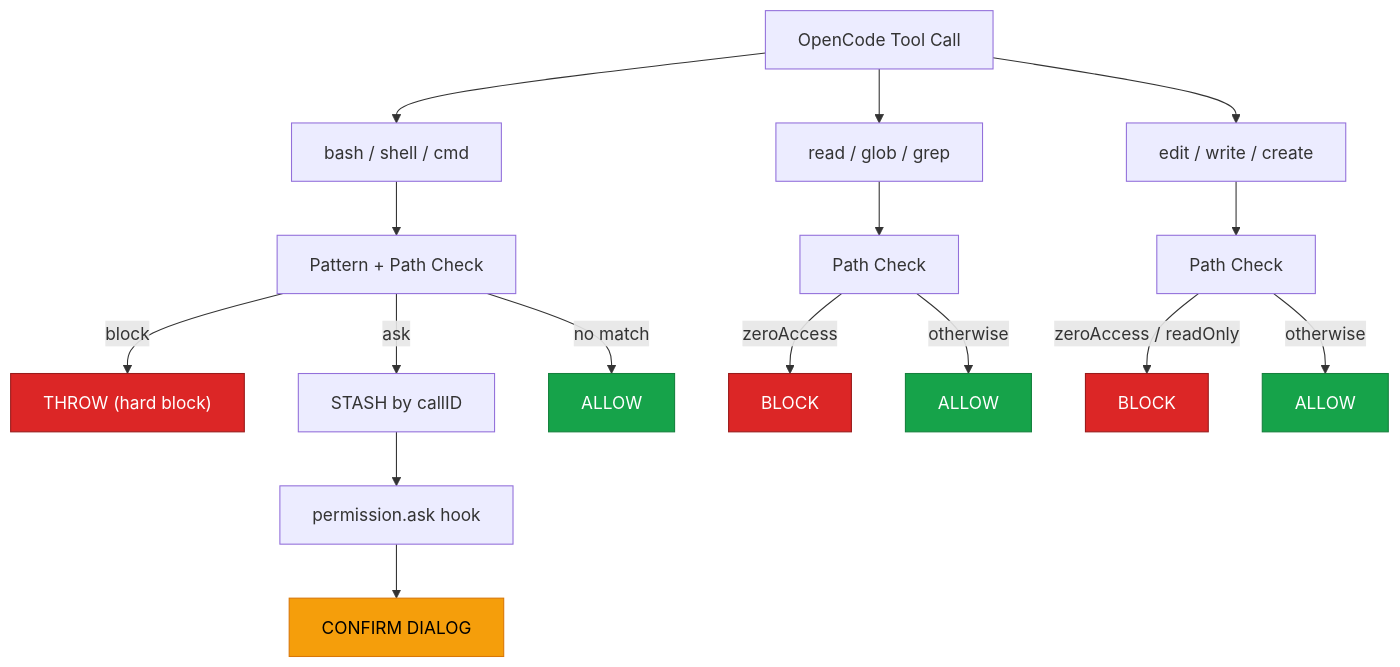
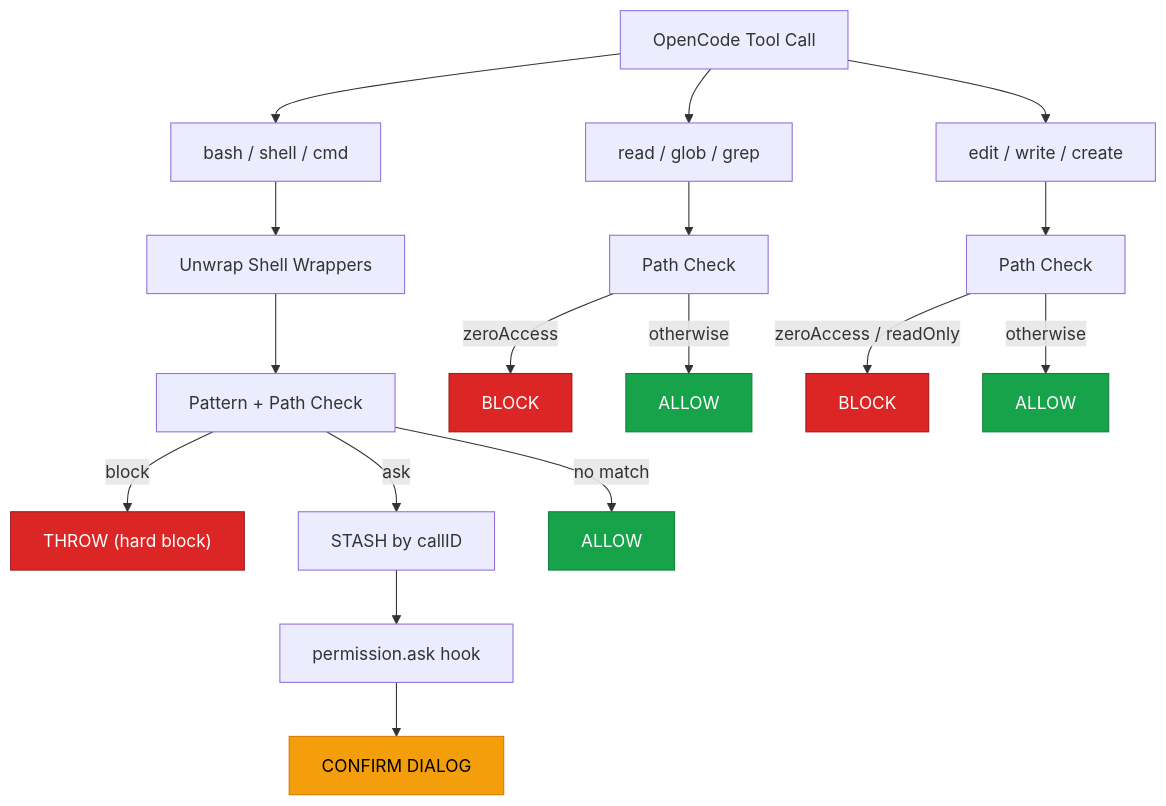
Before and after one commit to whjvenyl/opencode-damage-control: the diagram in README.md, drawn with Mermaid. The commit also changed other lines of this file and 5 other files, not shown here.

````diff
--- a/README.md
+++ b/README.md
@@ -76,33 +78,34 @@
 ```mermaid
 flowchart TD
     CALL["OpenCode Tool Call"]
 
     CALL --> EXEC["bash / shell / cmd"]
     CALL --> READ["read / glob / grep"]
     CALL --> WRITE["edit / write / create"]
 
-    EXEC --> PP["Pattern + Path Check"]
+    EXEC --> UNWRAP["Unwrap Shell Wrappers"]
+    UNWRAP --> PP["Pattern + Path Check"]
     READ --> PC1["Path Check"]
     WRITE --> PC2["Path Check"]
 
     PP --> |block| THROW["THROW (hard block)"]
     PP --> |ask| STASH["STASH by callID"]
     PP --> |no match| ALLOW1["ALLOW"]
 
     PC1 --> |zeroAccess| BLOCK1["BLOCK"]
     PC1 --> |otherwise| ALLOW2["ALLOW"]
 
     PC2 --> |zeroAccess / readOnly| BLOCK2["BLOCK"]
     PC2 --> |otherwise| ALLOW3["ALLOW"]
 
     STASH --> PERM["permission.ask hook"]
     PERM --> DIALOG["CONFIRM DIALOG"]
 
     style THROW fill:#dc2626,color:#fff,stroke:#991b1b
     style BLOCK1 fill:#dc2626,color:#fff,stroke:#991b1b
     style BLOCK2 fill:#dc2626,color:#fff,stroke:#991b1b
     style DIALOG fill:#f59e0b,color:#000,stroke:#d97706
     style ALLOW1 fill:#16a34a,color:#fff,stroke:#15803d
     style ALLOW2 fill:#16a34a,color:#fff,stroke:#15803d
     style ALLOW3 fill:#16a34a,color:#fff,stroke:#15803d
 ```
````
